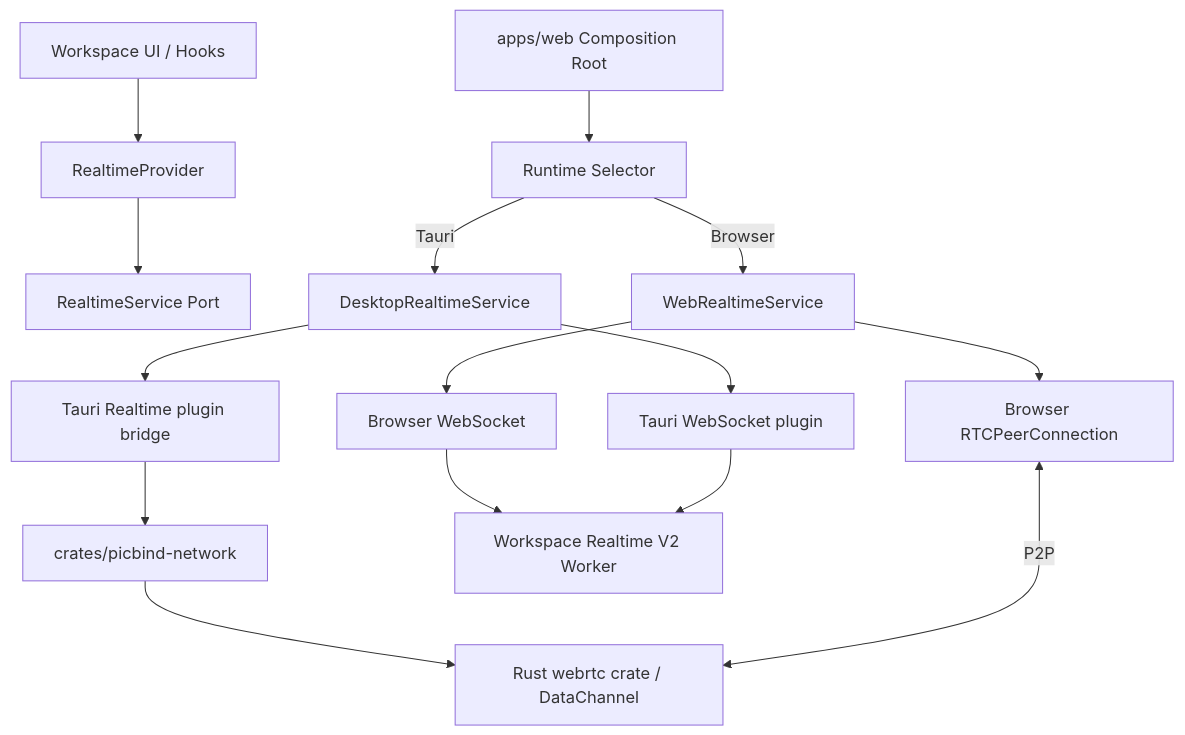
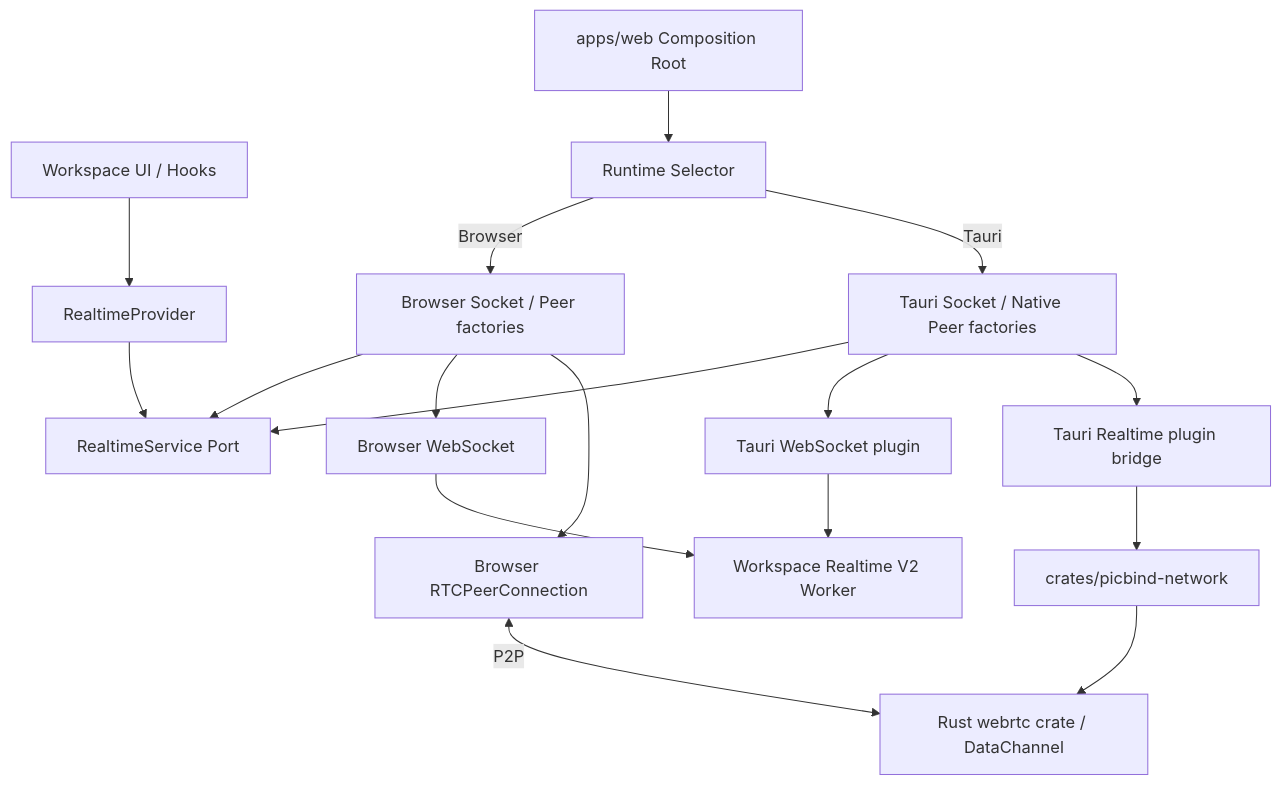
Before and after one commit to molast/picbind: the diagram in docs/architecture/desktop/PICBIND_REALTIME_TRANSPORT_API_V1.md, drawn with Mermaid. The commit also changed other lines of this file and 145 other files, not shown here.

````diff
--- a/docs/architecture/desktop/PICBIND_REALTIME_TRANSPORT_API_V1.md
+++ b/docs/architecture/desktop/PICBIND_REALTIME_TRANSPORT_API_V1.md
@@ -150,17 +144,19 @@
 ```mermaid
 flowchart TD
     UI["Workspace UI / Hooks"] --> Provider["RealtimeProvider"]
     Provider --> Service["RealtimeService Port"]
     Root["apps/web Composition Root"] --> Selector["Runtime Selector"]
-    Selector -- Browser --> WebAdapter["WebRealtimeService"]
-    Selector -- Tauri --> DesktopAdapter["DesktopRealtimeService"]
+    Selector -- Browser --> WebAdapter["Browser Socket / Peer factories"]
+    Selector -- Tauri --> DesktopAdapter["Tauri Socket / Native Peer factories"]
+    WebAdapter --> Service
+    DesktopAdapter --> Service
     WebAdapter --> WebSocket["Browser WebSocket"]
     WebAdapter --> WebRtc["Browser RTCPeerConnection"]
     DesktopAdapter --> TauriWs["Tauri WebSocket plugin"]
     DesktopAdapter --> RtcBridge["Tauri Realtime plugin bridge"]
     RtcBridge --> NetworkCrate["crates/picbind-network"]
     NetworkCrate --> RustRtc["Rust webrtc crate / DataChannel"]
     WebSocket --> Worker["Workspace Realtime V2 Worker"]
     TauriWs --> Worker
     WebRtc <-->|"P2P"| RustRtc
 ```
````
